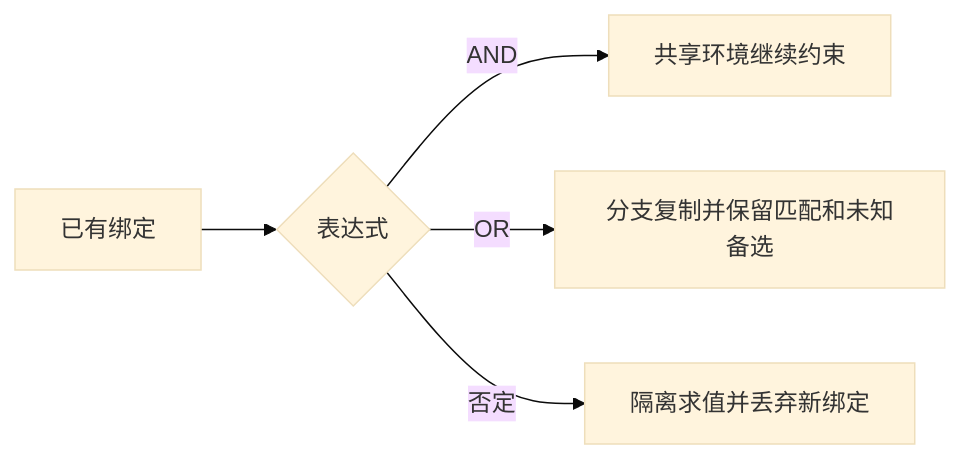
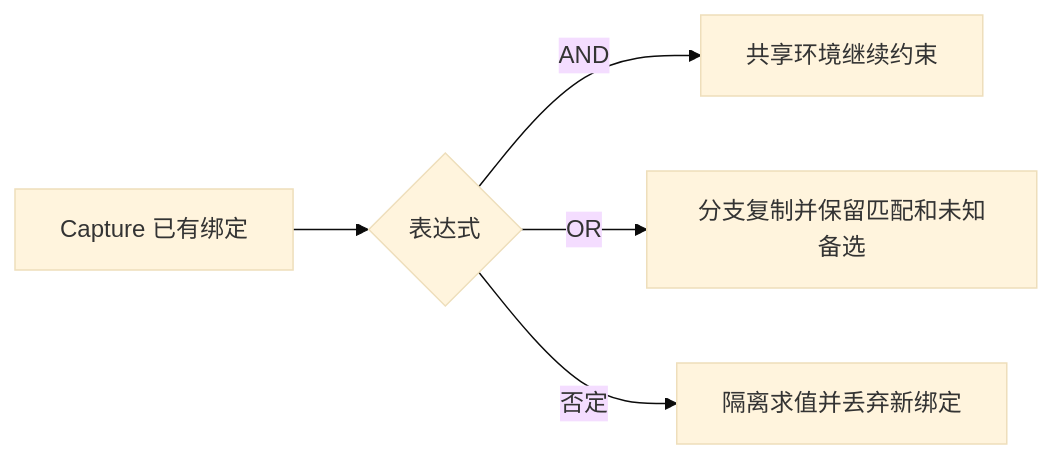
Before and after one commit to inversionhourglass/AspectN: the diagram in docs/knowledge/capabilities/generics/GEN-BINDING-001.md, drawn with Mermaid (base theme). The commit also changed other lines of this file and 63 other files, not shown here.

````diff
--- a/docs/knowledge/capabilities/generics/GEN-BINDING-001.md
+++ b/docs/knowledge/capabilities/generics/GEN-BINDING-001.md
@@ -200,7 +335,7 @@
 ```mermaid
 flowchart LR
-    A[已有绑定] --> B{表达式}
+    A[Capture 已有绑定] --> B{表达式}
     B -->|AND| C[共享环境继续约束]
     B -->|OR| D[分支复制并保留匹配和未知备选]
     B -->|否定| E[隔离求值并丢弃新绑定]
 ```
````
